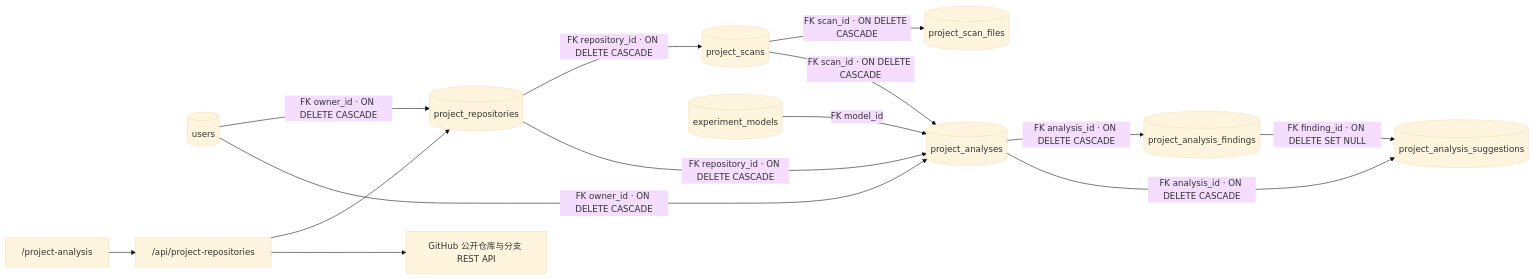
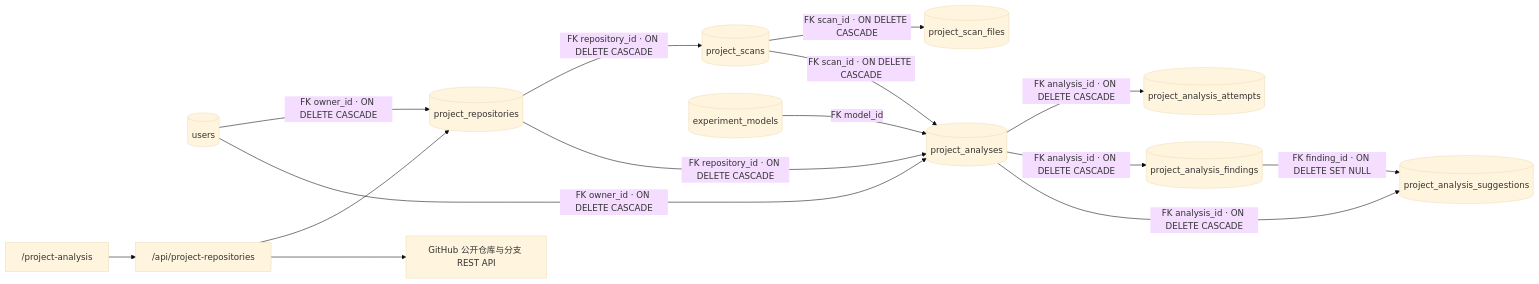
Before and after one commit to weiAX95/admin: the fifth of 17 diagrams in docs/database-relationships.md, drawn with Mermaid (base theme). The commit also changed other lines of this file and 9 other files, not shown here.

Commit message:
feat: make project analysis jobs cancelable and retryable

````diff
--- a/docs/database-relationships.md
+++ b/docs/database-relationships.md
@@ -73,15 +73,16 @@
 ```mermaid
 flowchart LR
   Users[(users)] -->|"FK owner_id · ON DELETE CASCADE"| Repositories[(project_repositories)]
   Page["/project-analysis"] --> API["/api/project-repositories"] --> Repositories
   API --> GitHub["GitHub 公开仓库与分支 REST API"]
   Repositories -->|"FK repository_id · ON DELETE CASCADE"| Scans[(project_scans)]
   Scans -->|"FK scan_id · ON DELETE CASCADE"| Files[(project_scan_files)]
   Repositories -->|"FK repository_id · ON DELETE CASCADE"| Analyses[(project_analyses)]
   Scans -->|"FK scan_id · ON DELETE CASCADE"| Analyses
   Users -->|"FK owner_id · ON DELETE CASCADE"| Analyses
   Models[(experiment_models)] -->|"FK model_id"| Analyses
+  Analyses -->|"FK analysis_id · ON DELETE CASCADE"| Attempts[(project_analysis_attempts)]
   Analyses -->|"FK analysis_id · ON DELETE CASCADE"| Findings[(project_analysis_findings)]
   Analyses -->|"FK analysis_id · ON DELETE CASCADE"| Suggestions[(project_analysis_suggestions)]
   Findings -->|"FK finding_id · ON DELETE SET NULL"| Suggestions
 ```
````
